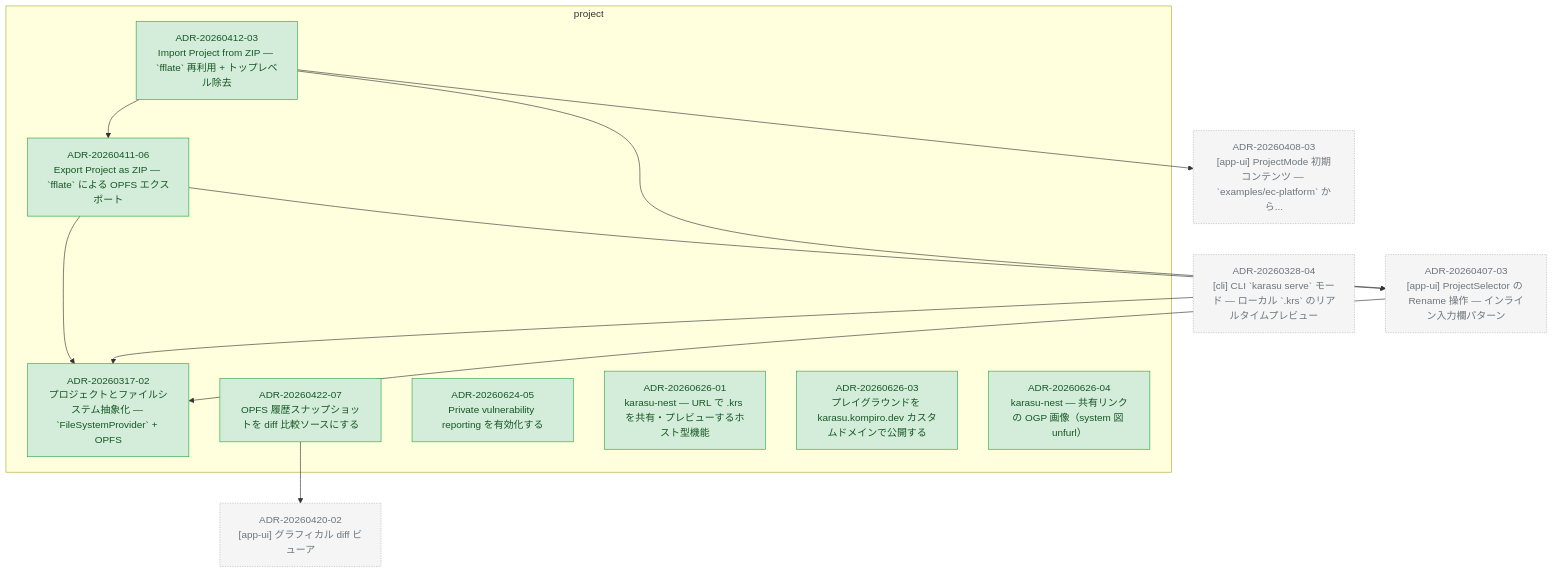
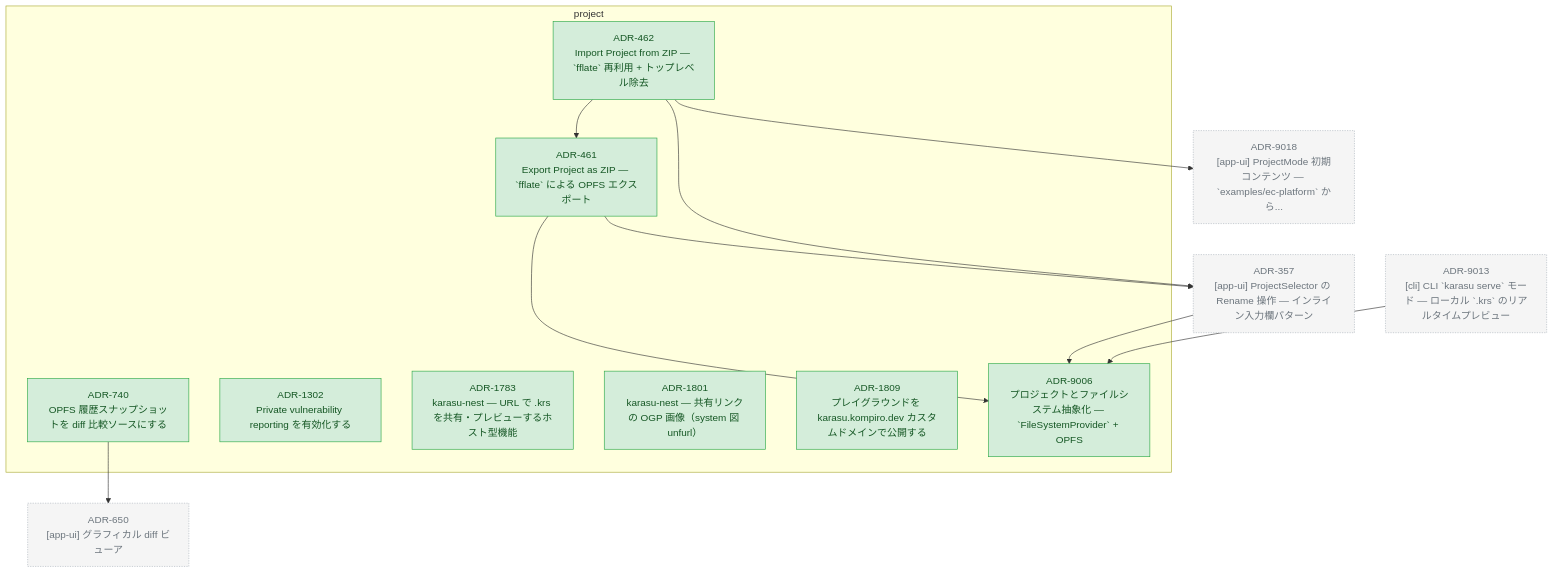
Before and after one commit to kompiro/karasu: the diagram in docs/adr/graph/project.md, drawn with Mermaid. The commit also changed 836 other files, not shown here.

````diff
--- a/docs/adr/graph/project.md
+++ b/docs/adr/graph/project.md
@@ -6,44 +6,44 @@
 ```mermaid
 flowchart TD
   subgraph project["project"]
-    ADR_20260317_02["ADR-20260317-02<br/>プロジェクトとファイルシステム抽象化 — `FileSystemProvider` + OPFS"]
-    ADR_20260411_06["ADR-20260411-06<br/>Export Project as ZIP — `fflate` による OPFS エクスポート"]
-    ADR_20260412_03["ADR-20260412-03<br/>Import Project from ZIP — `fflate` 再利用 + トップレベル除去"]
-    ADR_20260422_07["ADR-20260422-07<br/>OPFS 履歴スナップショットを diff 比較ソースにする"]
-    ADR_20260624_05["ADR-20260624-05<br/>Private vulnerability reporting を有効化する"]
-    ADR_20260626_01["ADR-20260626-01<br/>karasu-nest — URL で .krs を共有・プレビューするホスト型機能"]
-    ADR_20260626_03["ADR-20260626-03<br/>プレイグラウンドを karasu.kompiro.dev カスタムドメインで公開する"]
-    ADR_20260626_04["ADR-20260626-04<br/>karasu-nest — 共有リンクの OGP 画像（system 図 unfurl）"]
+    ADR_461["ADR-461<br/>Export Project as ZIP — `fflate` による OPFS エクスポート"]
+    ADR_462["ADR-462<br/>Import Project from ZIP — `fflate` 再利用 + トップレベル除去"]
+    ADR_740["ADR-740<br/>OPFS 履歴スナップショットを diff 比較ソースにする"]
+    ADR_1302["ADR-1302<br/>Private vulnerability reporting を有効化する"]
+    ADR_1783["ADR-1783<br/>karasu-nest — URL で .krs を共有・プレビューするホスト型機能"]
+    ADR_1801["ADR-1801<br/>karasu-nest — 共有リンクの OGP 画像（system 図 unfurl）"]
+    ADR_1809["ADR-1809<br/>プレイグラウンドを karasu.kompiro.dev カスタムドメインで公開する"]
+    ADR_9006["ADR-9006<br/>プロジェクトとファイルシステム抽象化 — `FileSystemProvider` + OPFS"]
   end
-  ADR_20260328_04["ADR-20260328-04<br/>[cli] CLI `karasu serve` モード — ローカル `.krs` のリアルタイムプレビュー"]
-  ADR_20260407_03["ADR-20260407-03<br/>[app-ui] ProjectSelector の Rename 操作 — インライン入力欄パターン"]
-  ADR_20260408_03["ADR-20260408-03<br/>[app-ui] ProjectMode 初期コンテンツ — `examples/ec-platform` から..."]
-  ADR_20260420_02["ADR-20260420-02<br/>[app-ui] グラフィカル diff ビューア"]
-  ADR_20260411_06 --> ADR_20260317_02
-  ADR_20260411_06 --> ADR_20260407_03
-  ADR_20260412_03 --> ADR_20260407_03
-  ADR_20260412_03 --> ADR_20260408_03
-  ADR_20260412_03 --> ADR_20260411_06
-  ADR_20260422_07 --> ADR_20260420_02
-  ADR_20260328_04 --> ADR_20260317_02
-  ADR_20260407_03 --> ADR_20260317_02
+  ADR_357["ADR-357<br/>[app-ui] ProjectSelector の Rename 操作 — インライン入力欄パターン"]
+  ADR_650["ADR-650<br/>[app-ui] グラフィカル diff ビューア"]
+  ADR_9013["ADR-9013<br/>[cli] CLI `karasu serve` モード — ローカル `.krs` のリアルタイムプレビュー"]
+  ADR_9018["ADR-9018<br/>[app-ui] ProjectMode 初期コンテンツ — `examples/ec-platform` から..."]
+  ADR_461 --> ADR_9006
+  ADR_461 --> ADR_357
+  ADR_462 --> ADR_357
+  ADR_462 --> ADR_9018
+  ADR_462 --> ADR_461
+  ADR_740 --> ADR_650
+  ADR_357 --> ADR_9006
+  ADR_9013 --> ADR_9006
 
   classDef accepted fill:#d4edda,stroke:#28a745,color:#155724
   classDef proposed fill:#fff3cd,stroke:#ffc107,color:#856404
   classDef deprecated fill:#f8d7da,stroke:#dc3545,color:#721c24
   classDef superseded fill:#e2e3e5,stroke:#6c757d,color:#383d41
   classDef not_adopted fill:#e2e3e5,stroke:#6c757d,color:#383d41,stroke-dasharray:3 3
   classDef ghost fill:#f5f5f5,stroke:#adb5bd,color:#6c757d,stroke-dasharray:2 2
-  class ADR_20260317_02 accepted
-  class ADR_20260411_06 accepted
-  class ADR_20260412_03 accepted
-  class ADR_20260422_07 accepted
-  class ADR_20260624_05 accepted
-  class ADR_20260626_01 accepted
-  class ADR_20260626_03 accepted
-  class ADR_20260626_04 accepted
-  class ADR_20260328_04 ghost
-  class ADR_20260407_03 ghost
-  class ADR_20260408_03 ghost
-  class ADR_20260420_02 ghost
+  class ADR_461 accepted
+  class ADR_462 accepted
+  class ADR_740 accepted
+  class ADR_1302 accepted
+  class ADR_1783 accepted
+  class ADR_1801 accepted
+  class ADR_1809 accepted
+  class ADR_9006 accepted
+  class ADR_357 ghost
+  class ADR_650 ghost
+  class ADR_9013 ghost
+  class ADR_9018 ghost
 ```
````
